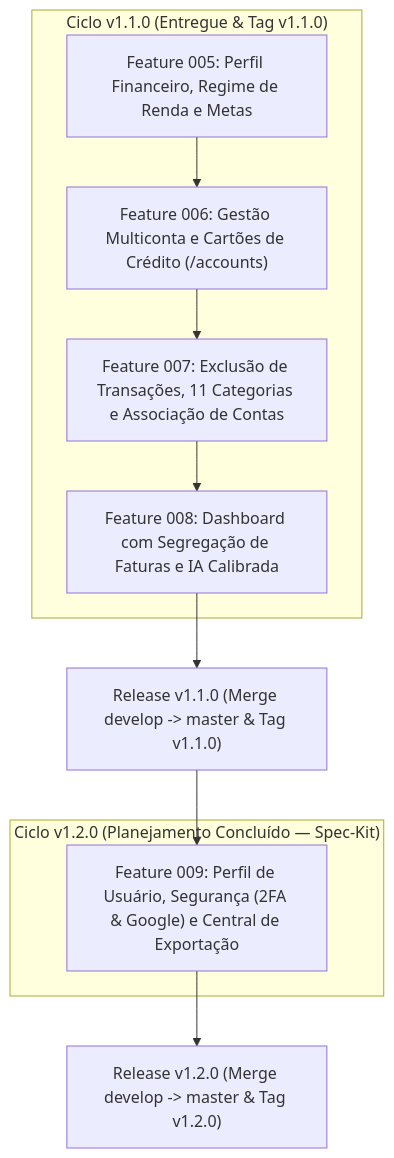
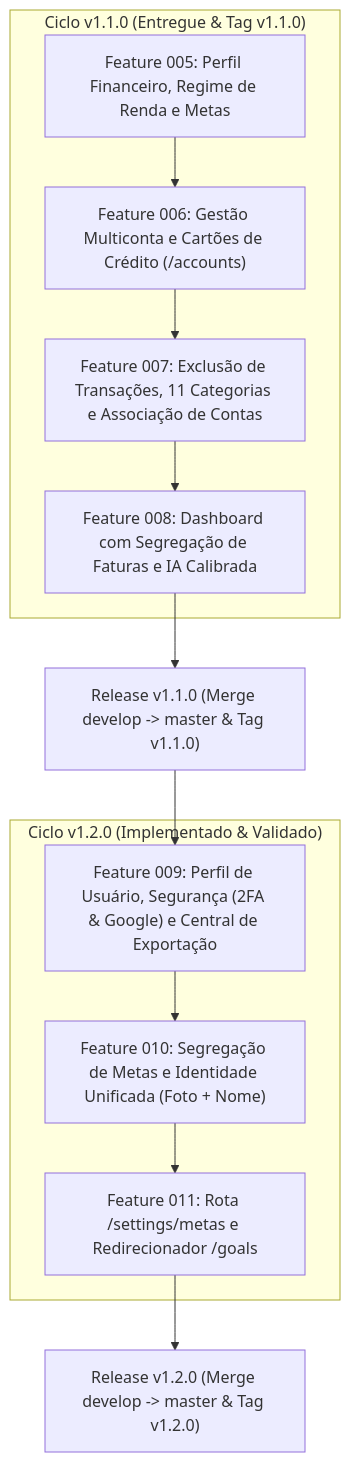
The diagram in ROADMAP.md (Projeto-TCC-Dash/projeto-frontend-dashboard), drawn with Mermaid before and after one commit. The commit also changed other lines of this file and 13 other files, not shown here.

Commit message:
docs: reconcile roadmap, specs status and architecture notes with v1.2.0 implementation

````diff
--- a/ROADMAP.md
+++ b/ROADMAP.md
@@ -29,18 +32,21 @@
 ```mermaid
 flowchart TD
     subgraph v110 ["Ciclo v1.1.0 (Entregue & Tag v1.1.0)"]
         F005["Feature 005: Perfil Financeiro, Regime de Renda e Metas"]
         F006["Feature 006: Gestão Multiconta e Cartões de Crédito (/accounts)"]
         F007["Feature 007: Exclusão de Transações, 11 Categorias e Associação de Contas"]
         F008["Feature 008: Dashboard com Segregação de Faturas e IA Calibrada"]
     end
 
-    subgraph v120 ["Ciclo v1.2.0 (Planejamento Concluído — Spec-Kit)"]
+    subgraph v120 ["Ciclo v1.2.0 (Implementado & Validado)"]
         F009["Feature 009: Perfil de Usuário, Segurança (2FA & Google) e Central de Exportação"]
+        F010["Feature 010: Segregação de Metas e Identidade Unificada (Foto + Nome)"]
+        F011["Feature 011: Rota /settings/metas e Redirecionador /goals"]
     end
 
     F005 --> F006 --> F007 --> F008
     F008 --> Release110["Release v1.1.0 (Merge develop -> master & Tag v1.1.0)"]
     Release110 --> F009
-    F009 --> Release120["Release v1.2.0 (Merge develop -> master & Tag v1.2.0)"]
+    F009 --> F010 --> F011
+    F011 --> Release120["Release v1.2.0 (Merge develop -> master & Tag v1.2.0)"]
 ```
````
